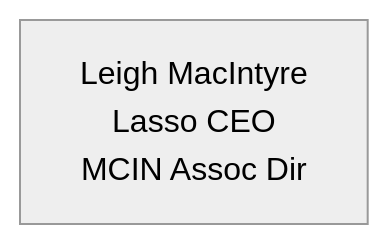
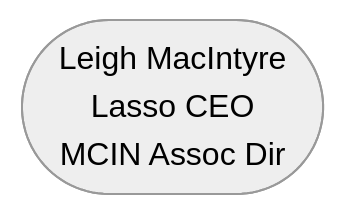
Before and after one commit to DCAN-Labs/hbcd-docs-internal: the first of 10 diagrams in docs/orgcharts.md, drawn with Mermaid (neutral theme). The commit also changed other lines of this file, not shown here.

````diff
--- a/docs/orgcharts.md
+++ b/docs/orgcharts.md
@@ -14,5 +6,5 @@
 ```mermaid
+%%{ init: { "flowchart": { "htmlLabels": true } } }%%
 flowchart TB
-    lasso1["Leigh MacIntyre<br>Lasso CEO<br>MCIN Assoc Dir"]
-    click lasso1 "#" "Montreal Consortium for Innovation in Neuroinformatics"
+    lasso1(["<div title='Montreal Consortium for Innovation in Neuroinformatics'>Leigh MacIntyre<br>Lasso CEO<br>MCIN Assoc Dir</div>"])
 ```
````
